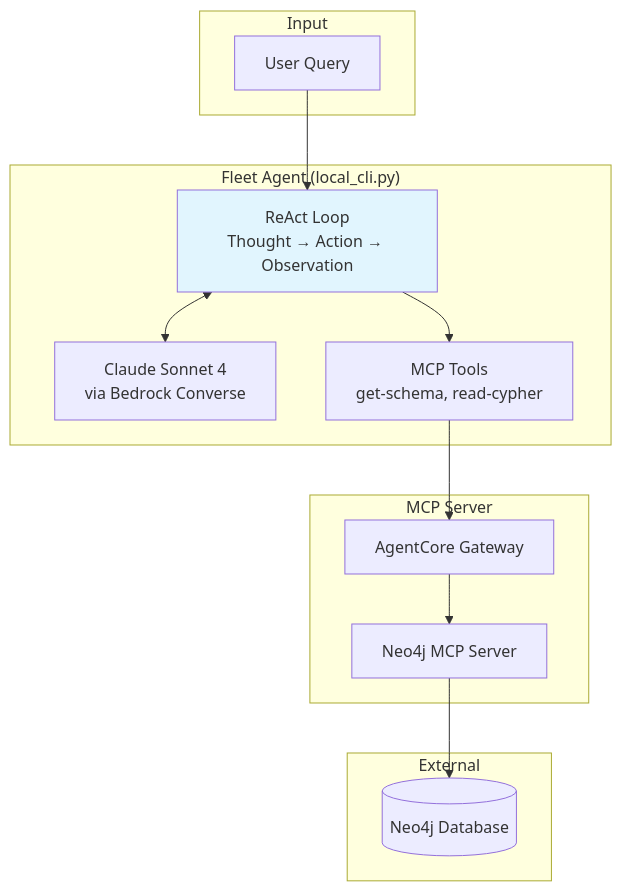
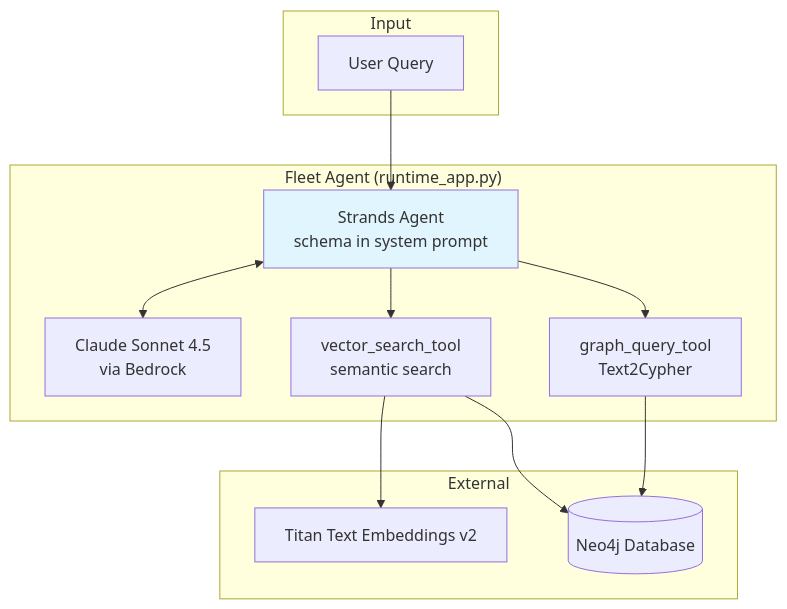
Before and after one commit to neo4j-partners/aws-starter: the sixth of 10 diagrams in docs/ARCHITECTURE.md, drawn with Mermaid. The commit also changed other lines of this file and 304 other files, not shown here.

````diff
--- a/docs/ARCHITECTURE.md
+++ b/docs/ARCHITECTURE.md
@@ -377,30 +376,28 @@
 ```mermaid
 flowchart TB
     subgraph Input["Input"]
         USER[User Query]
     end
 
-    subgraph FleetAgent["Fleet Agent (local_cli.py)"]
-        LLM[Claude Sonnet 4<br/>via Bedrock Converse]
-        REACT[ReAct Loop<br/>Thought → Action → Observation]
-        TOOLS[MCP Tools<br/>get-schema, read-cypher]
-    end
-
-    subgraph MCP["MCP Server"]
-        GATEWAY[AgentCore Gateway]
-        MCPSERVER[Neo4j MCP Server]
+    subgraph FleetAgent["Fleet Agent (runtime_app.py)"]
+        LLM[Claude Sonnet 4.5<br/>via Bedrock]
+        AGENT[Strands Agent<br/>schema in system prompt]
+        GQ[graph_query_tool<br/>Text2Cypher]
+        VS[vector_search_tool<br/>semantic search]
     end
 
     subgraph External["External"]
+        TITAN[Titan Text Embeddings v2]
         NEO4J[(Neo4j Database)]
     end
 
-    USER --> REACT
-    REACT <--> LLM
-    REACT --> TOOLS
-    TOOLS --> GATEWAY
-    GATEWAY --> MCPSERVER
-    MCPSERVER --> NEO4J
+    USER --> AGENT
+    AGENT <--> LLM
+    AGENT --> GQ
+    AGENT --> VS
+    GQ --> NEO4J
+    VS --> TITAN
+    VS --> NEO4J
 
-    style REACT fill:#e1f5fe
+    style AGENT fill:#e1f5fe
 ```
````
